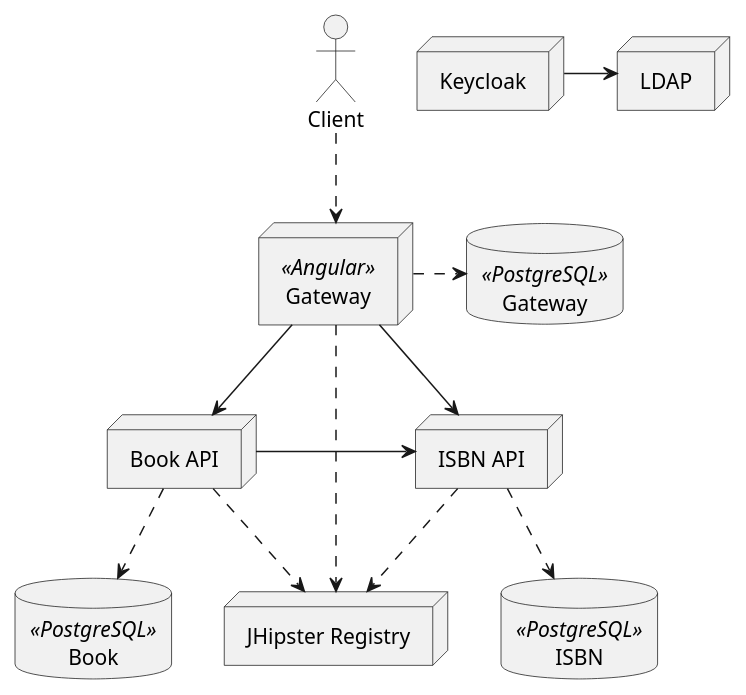
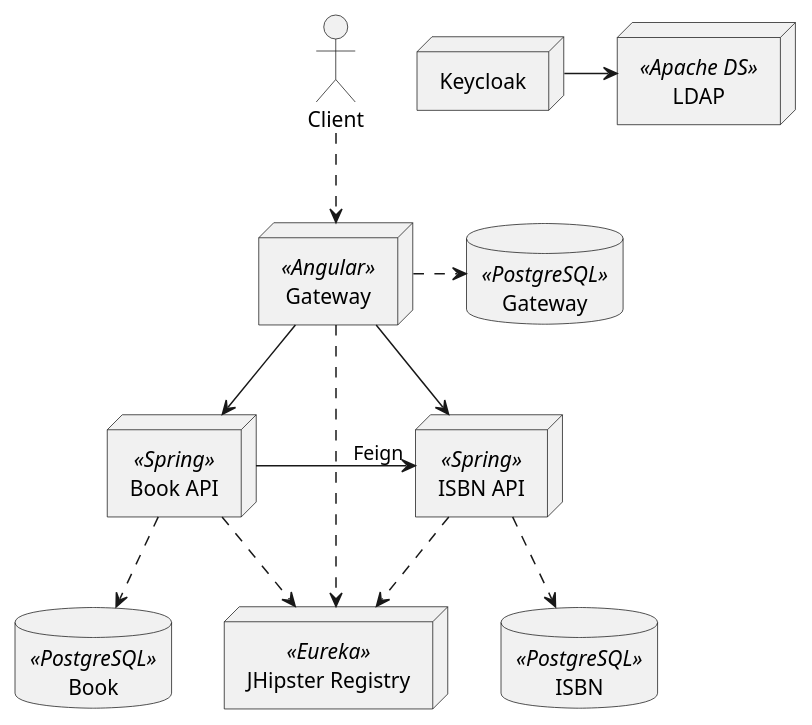
The diagram in architecture.puml (clevercloud-jhipster/jhipster-clever-guide), drawn with PlantUML before and after one commit. The commit also changed 1 other file, not shown here.

```diff
--- a/architecture.puml
+++ b/architecture.puml
@@ -1,31 +1,31 @@
 @startuml
 
 database Book <<PostgreSQL>> as dbbook
 database Gateway <<PostgreSQL>> as dbgateway
 database ISBN <<PostgreSQL>> as dbisbn
 
 actor Client as client
 node Gateway <<Angular>> as gateway
-node "Book API" as book
-node "ISBN API" as isbn
+node "Book API" <<Spring>> as book
+node "ISBN API" <<Spring>> as isbn
 node Keycloak as key
-node "JHipster Registry" as registry
-node LDAP as ldap
+node "JHipster Registry" <<Eureka>> as registry
+node LDAP <<Apache DS>> as ldap
 
 gateway -.> registry
 book -.> registry
 isbn -.> registry
 
 book -.> dbbook
 isbn -.> dbisbn
 gateway .> dbgateway
 
-book -> isbn
+book -> "Feign" isbn
 
 client -.> gateway
 gateway -> book
 gateway --> isbn
 
 key -> ldap
 
 @enduml
```
